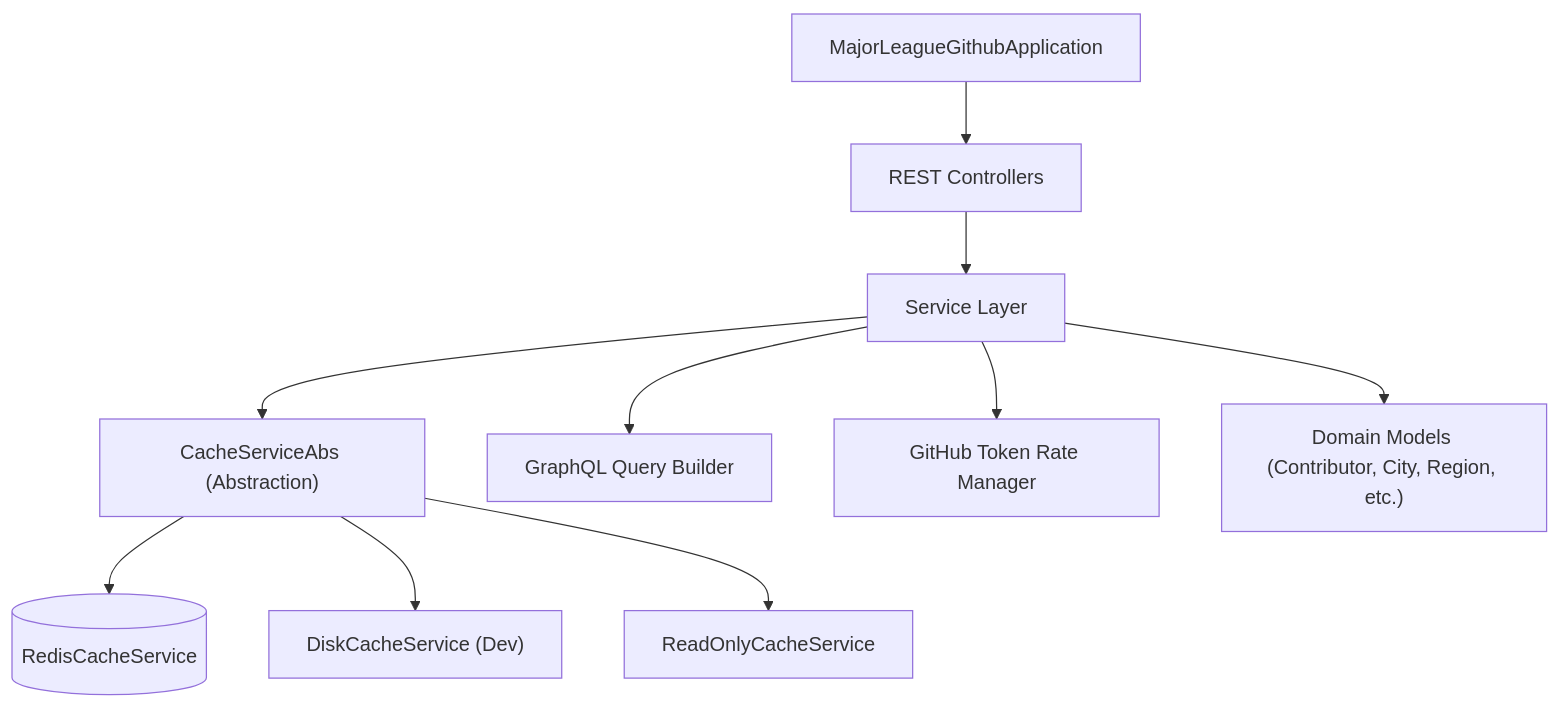
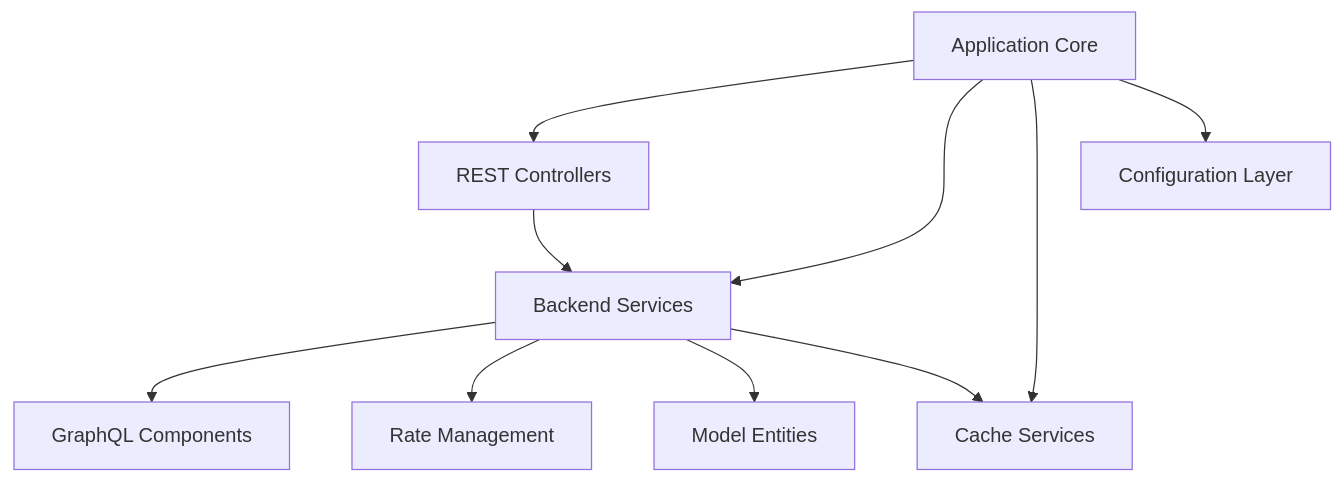
One commit to flamingo-stack/major-league-github changed the second of 8 diagrams in docs/development/architecture/README.md. Above: the diagram before and after it, drawn with Mermaid. The commit also changed other lines of this file and 8 other files, not shown here.

````diff
--- a/docs/development/architecture/README.md
+++ b/docs/development/architecture/README.md
@@ -46,12 +38,22 @@
 ```mermaid
 flowchart TD
-    App["MajorLeagueGithubApplication"] --> Controllers["REST Controllers"]
-    Controllers --> ServiceLayer["Service Layer"]
-    ServiceLayer --> CacheAbs["CacheServiceAbs (Abstraction)"]
-    ServiceLayer --> GraphQL["GraphQL Query Builder"]
-    ServiceLayer --> RateManager["GitHub Token Rate Manager"]
-    CacheAbs --> Redis[("RedisCacheService")]
-    CacheAbs --> Disk["DiskCacheService (Dev)"]
-    CacheAbs --> ReadOnly["ReadOnlyCacheService"]
-    ServiceLayer --> Models["Domain Models (Contributor, City, Region, etc.)"]
+    AppCore["Application Core"]
+    Controllers["REST Controllers"]
+    Services["Backend Services"]
+    CacheLayer["Cache Services"]
+    GraphQL["GraphQL Components"]
+    Rate["Rate Management"]
+    Models["Model Entities"]
+    Config["Configuration Layer"]
+
+    AppCore --> Controllers
+    AppCore --> Services
+    AppCore --> CacheLayer
+    AppCore --> Config
+
+    Controllers --> Services
+    Services --> GraphQL
+    Services --> Rate
+    Services --> Models
+    Services --> CacheLayer
 ```
````
